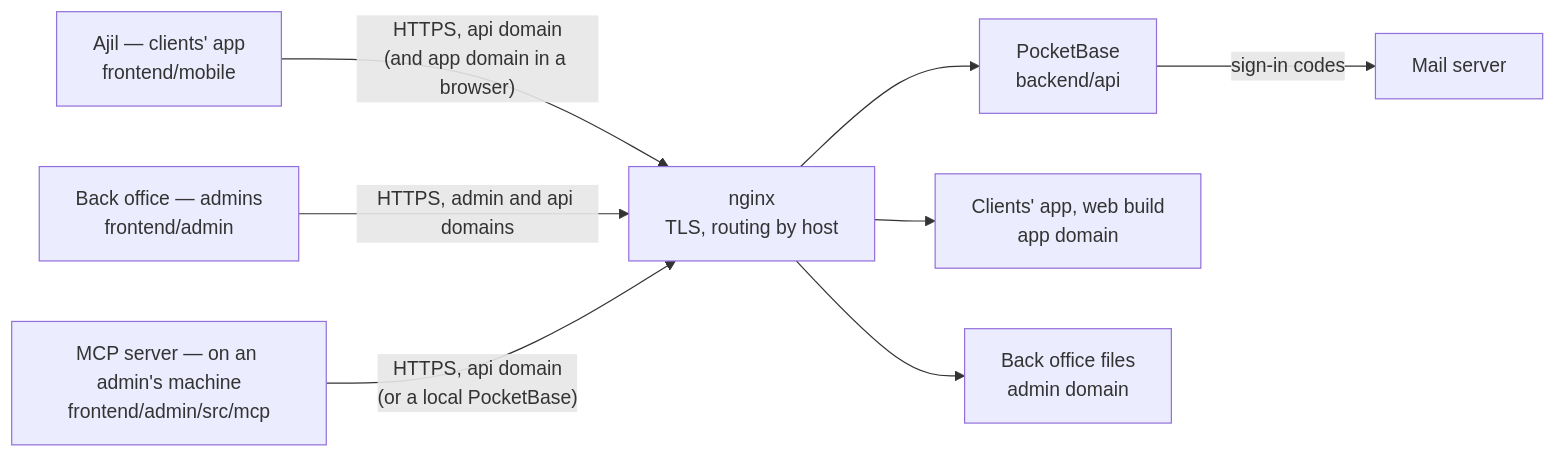
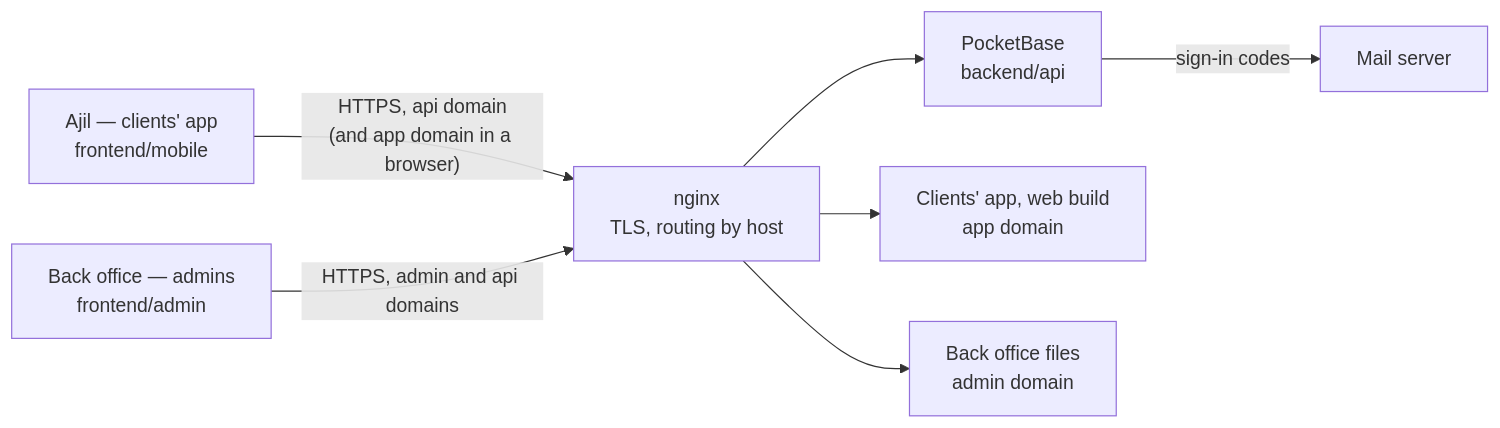
The first of 3 diagrams in docs/architecture.md (ndegheselle/Aventurette-web), drawn with Mermaid before and after one commit. The commit also changed 45 other files, not shown here.

First line of the commit message:
Import fiches from a zip in the back office, and remove the MCP server

````diff
--- a/docs/architecture.md
+++ b/docs/architecture.md
@@ -13,19 +13,17 @@
 ```mermaid
 flowchart LR
     phone["Ajil — clients' app<br/>frontend/mobile"]
     browser["Back office — admins<br/>frontend/admin"]
-    mcp["MCP server — on an admin's machine<br/>frontend/admin/src/mcp"]
     nginx["nginx<br/>TLS, routing by host"]
     api["PocketBase<br/>backend/api"]
     appweb["Clients' app, web build<br/>app domain"]
     spa["Back office files<br/>admin domain"]
     smtp["Mail server"]
 
     phone -- "HTTPS, api domain<br/>(and app domain in a browser)" --> nginx
     browser -- "HTTPS, admin and api domains" --> nginx
-    mcp -- "HTTPS, api domain<br/>(or a local PocketBase)" --> nginx
     nginx --> api
     nginx --> appweb
     nginx --> spa
     api -- "sign-in codes" --> smtp
 ```
````
